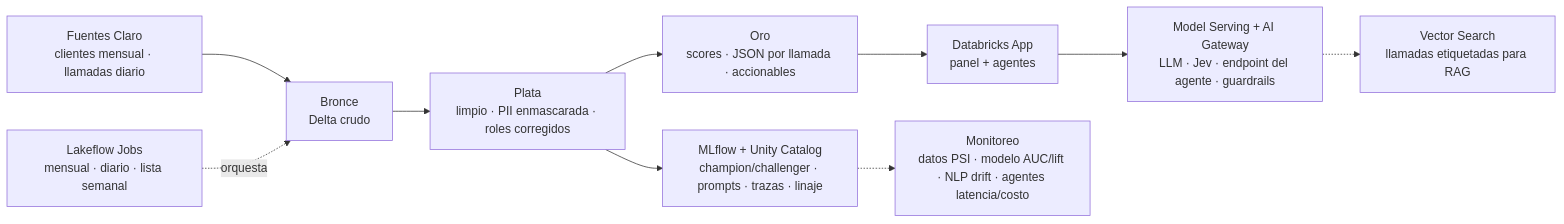
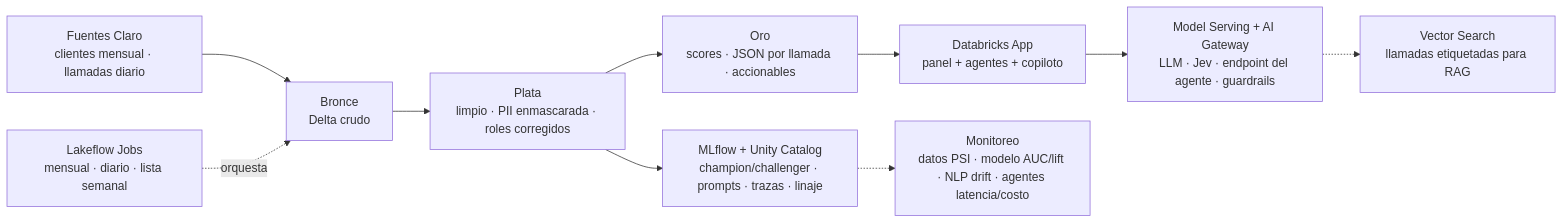
One commit to SadidRomero77/prueba-claro-cluster-3 changed the second of 2 diagrams in docs/06_arquitectura_databricks_llmops.md. Above: the diagram before and after it, drawn with Mermaid. The commit also changed other lines of this file and 3 other files, not shown here.

````diff
--- a/docs/06_arquitectura_databricks_llmops.md
+++ b/docs/06_arquitectura_databricks_llmops.md
@@ -34,12 +56,12 @@
 ```mermaid
 flowchart LR
   F[Fuentes Claro<br/>clientes mensual · llamadas diario] --> B[Bronce<br/>Delta crudo]
   B --> P[Plata<br/>limpio · PII enmascarada · roles corregidos]
   P --> O[Oro<br/>scores · JSON por llamada · accionables]
-  O --> APP[Databricks App<br/>panel + agentes]
+  O --> APP[Databricks App<br/>panel + agentes + copiloto]
   J[Lakeflow Jobs<br/>mensual · diario · lista semanal] -.orquesta.-> B
   P --> ML[MLflow + Unity Catalog<br/>champion/challenger · prompts · trazas · linaje]
   APP --> SV[Model Serving + AI Gateway<br/>LLM · Jev · endpoint del agente · guardrails]
   SV -.-> VS[Vector Search<br/>llamadas etiquetadas para RAG]
   ML -.-> MON[Monitoreo<br/>datos PSI · modelo AUC/lift · NLP drift · agentes latencia/costo]
 ```
````
